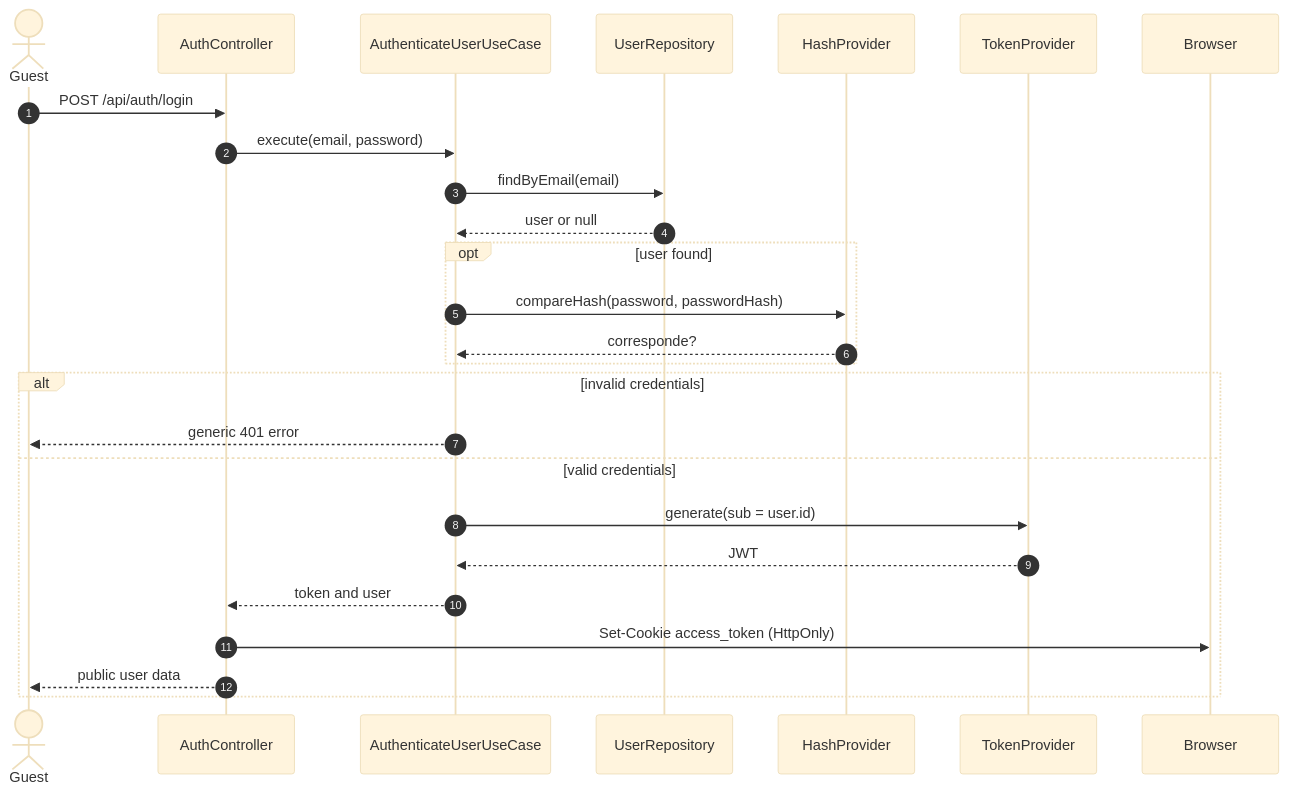
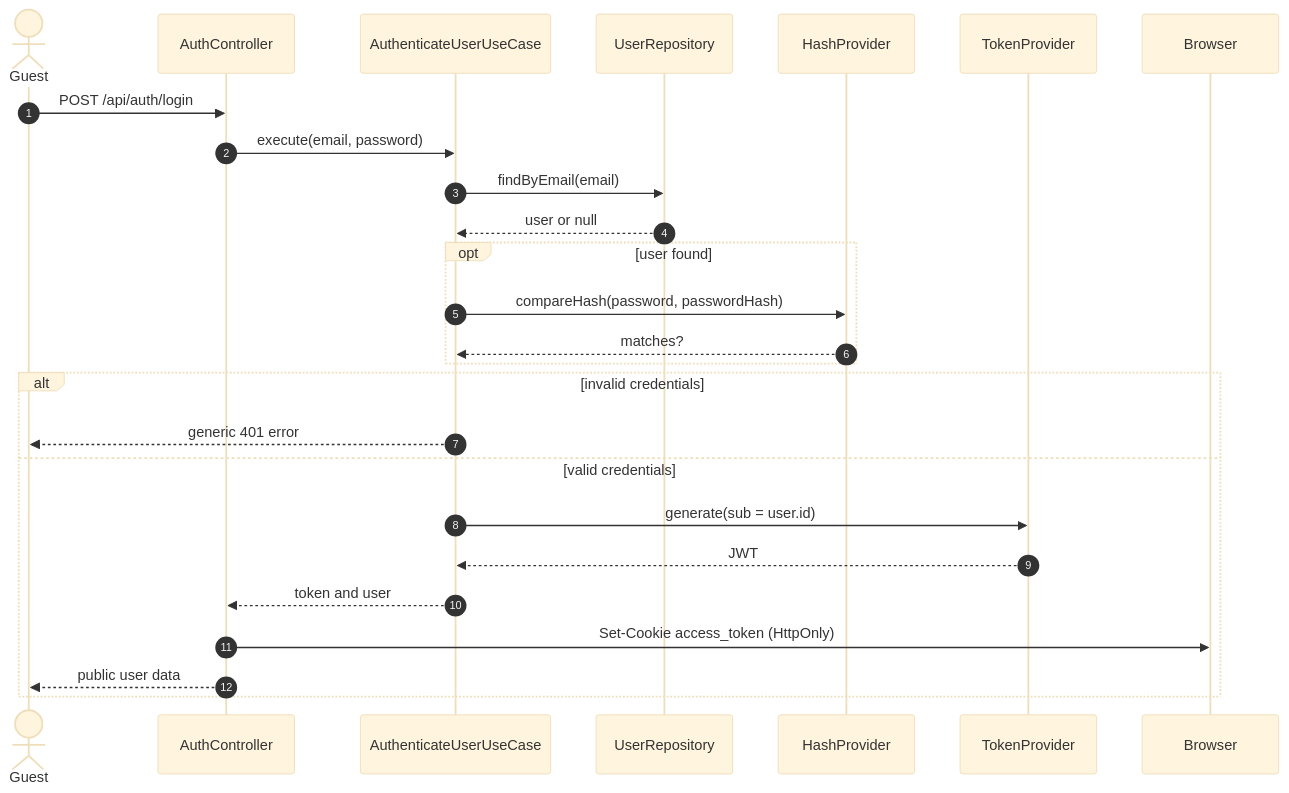
The second of 6 diagrams in docs/diagrams/sequences/account-and-tags.md (Lucalopezz/DevLog), drawn with Mermaid (base theme) before and after one commit. The commit also changed other lines of this file and 68 other files, not shown here.

````diff
--- a/docs/diagrams/sequences/account-and-tags.md
+++ b/docs/diagrams/sequences/account-and-tags.md
@@ -43,29 +43,29 @@
 ```mermaid
 sequenceDiagram
     autonumber
     actor Guest
     participant C as AuthController
     participant UC as AuthenticateUserUseCase
     participant URepo as UserRepository
     participant Hash as HashProvider
     participant Token as TokenProvider
     participant Browser as Browser
 
     Guest->>C: POST /api/auth/login
     C->>UC: execute(email, password)
     UC->>URepo: findByEmail(email)
     URepo-->>UC: user or null
     opt user found
         UC->>Hash: compareHash(password, passwordHash)
-        Hash-->>UC: corresponde?
+        Hash-->>UC: matches?
     end
     alt invalid credentials
         UC-->>Guest: generic 401 error
     else valid credentials
         UC->>Token: generate(sub = user.id)
         Token-->>UC: JWT
         UC-->>C: token and user
         C->>Browser: Set-Cookie access_token (HttpOnly)
         C-->>Guest: public user data
     end
 ```
````
